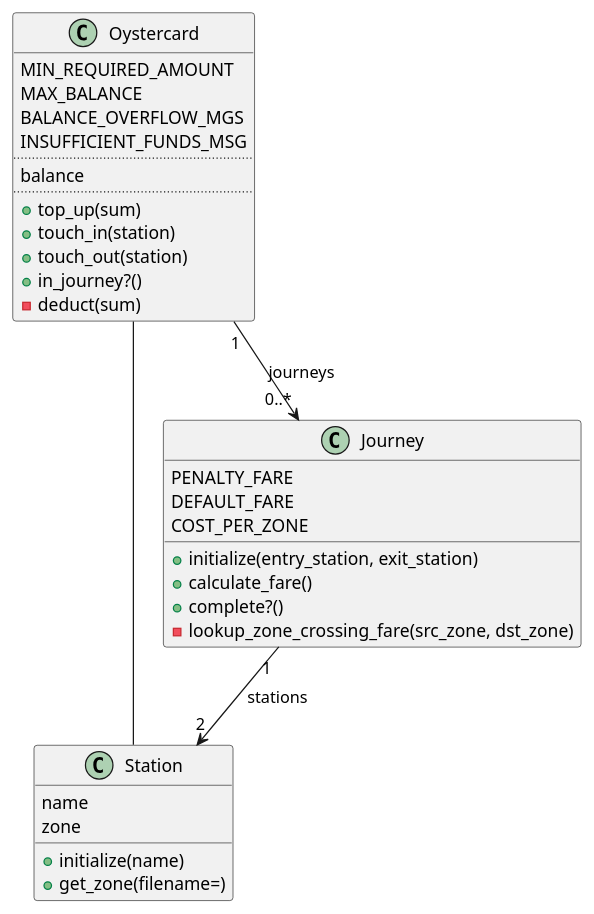
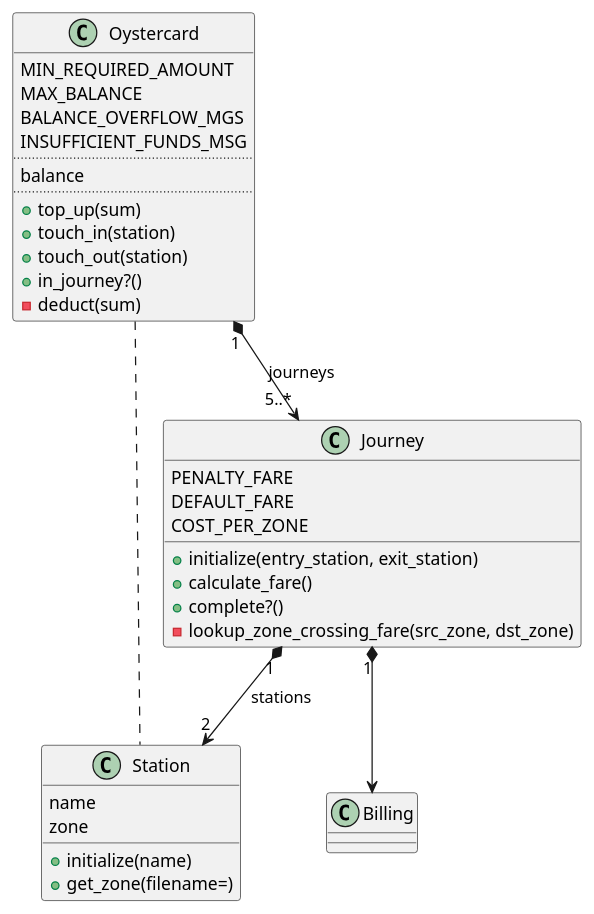
Before and after one commit to meta-morpho-sys/new_oystercard: the diagram in oystercard.puml, drawn with PlantUML. The commit also changed 4 other files, not shown here.

```diff
--- a/oystercard.puml
+++ b/oystercard.puml
@@ -1,39 +1,43 @@
 @startuml
 
 class Oystercard {
     MIN_REQUIRED_AMOUNT
     MAX_BALANCE
     BALANCE_OVERFLOW_MGS
     INSUFFICIENT_FUNDS_MSG
     ..
     balance
     ..
     + top_up(sum)
     + touch_in(station)
     + touch_out(station)
     + in_journey?()
     - deduct(sum)
 }
 
 class Station {
     name
     zone
     + initialize(name)
     + get_zone(filename=)
 }
 
 class Journey {
     PENALTY_FARE
     DEFAULT_FARE
     COST_PER_ZONE
     + initialize(entry_station, exit_station)
     + calculate_fare()
     + complete?()
     - lookup_zone_crossing_fare(src_zone, dst_zone)
 }
 
-Oystercard -- Station
-Journey "1" --> "2" Station: stations
-Oystercard "1" --> "0..*" Journey: journeys
+class Billing {
+}
+
+Oystercard .. Station
+Journey "1" *--> "2" Station: stations
+Oystercard "1" *--> "5..*" Journey: journeys
+Journey "1" *--> Billing
 
 @enduml
```
